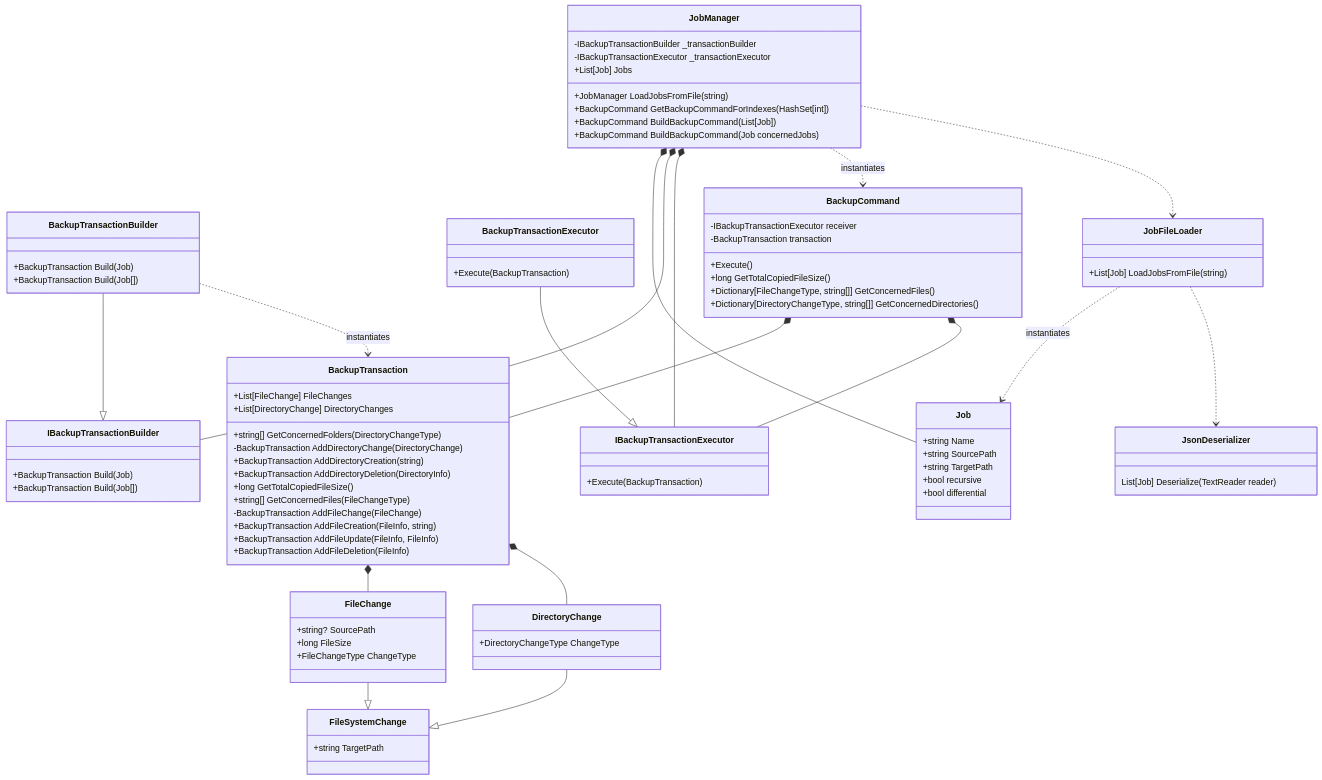
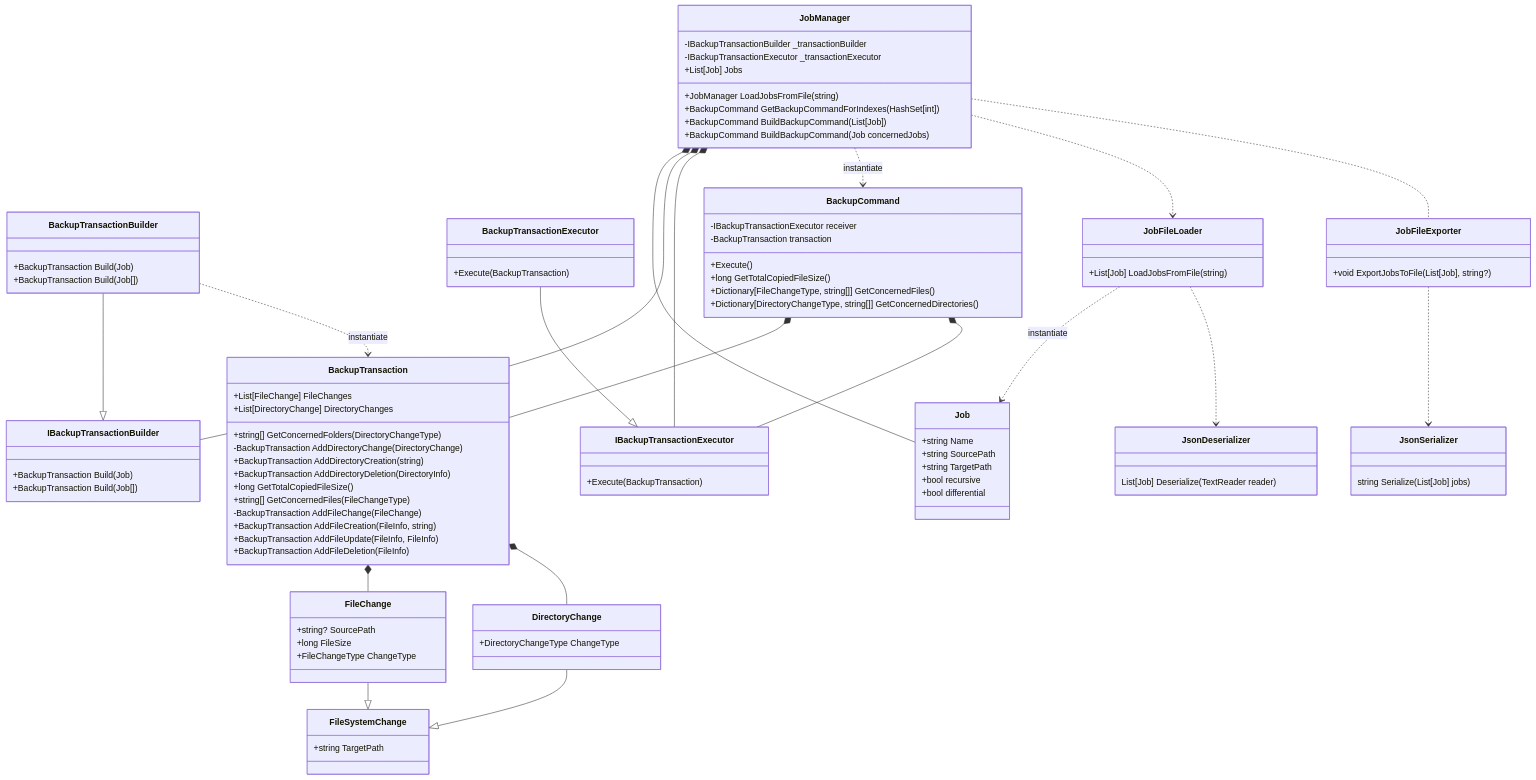
The fourth of 4 diagrams in README.md (kellianb/FISE_A3_SE_BECHTEL), drawn with Mermaid before and after one commit. The commit also changed other lines of this file, not shown here.

Commit message:
Updated class diagram

````diff
--- a/README.md
+++ b/README.md
@@ -210,6 +210,14 @@
     List[Job] Deserialize(TextReader reader)
 }
 
+class JobFileExporter {
+    +void ExportJobsToFile(List[Job], string?)
+}
+
+class JsonSerializer {
+    string Serialize(List[Job] jobs)
+}
+
 JobManager *-- Job
 FileChange --|> FileSystemChange
 DirectoryChange --|> FileSystemChange
@@ -218,16 +226,21 @@
 BackupTransactionExecutor --|> IBackupTransactionExecutor
 
 BackupTransactionBuilder --|> IBackupTransactionBuilder
-BackupTransactionBuilder ..> BackupTransaction : instantiates
+BackupTransactionBuilder ..> BackupTransaction : instantiate
 
 JobManager *--IBackupTransactionBuilder
 JobManager *--IBackupTransactionExecutor
 BackupCommand *-- BackupTransaction
 BackupCommand *-- IBackupTransactionExecutor
 
-JobManager ..> BackupCommand : instantiates
+JobManager ..> BackupCommand : instantiate
 
 JobManager ..> JobFileLoader
-JobFileLoader ..> Job : instantiates
+
+JobFileLoader ..> Job : instantiate
 JobFileLoader ..> JsonDeserializer
+
+JobManager ..JobFileExporter
+
+JobFileExporter ..> JsonSerializer
 ```
````
